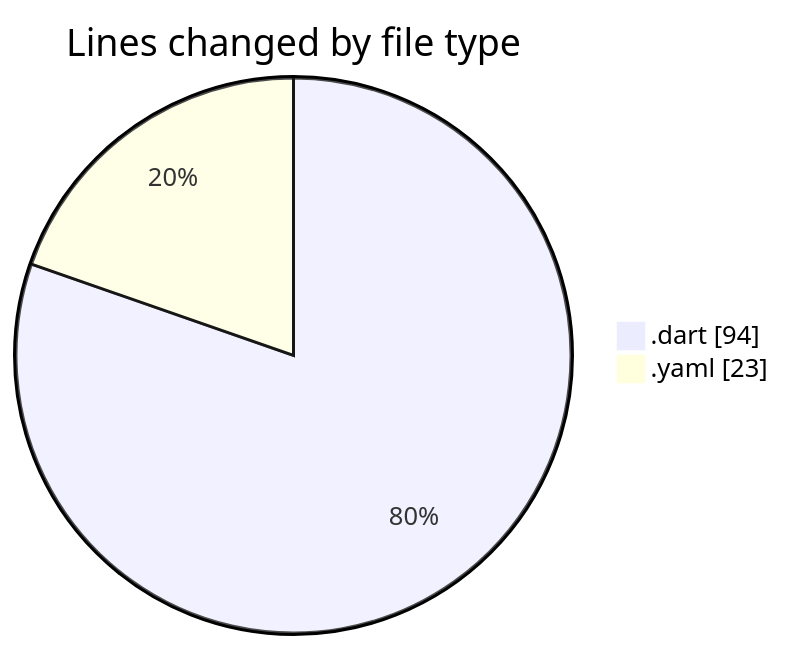
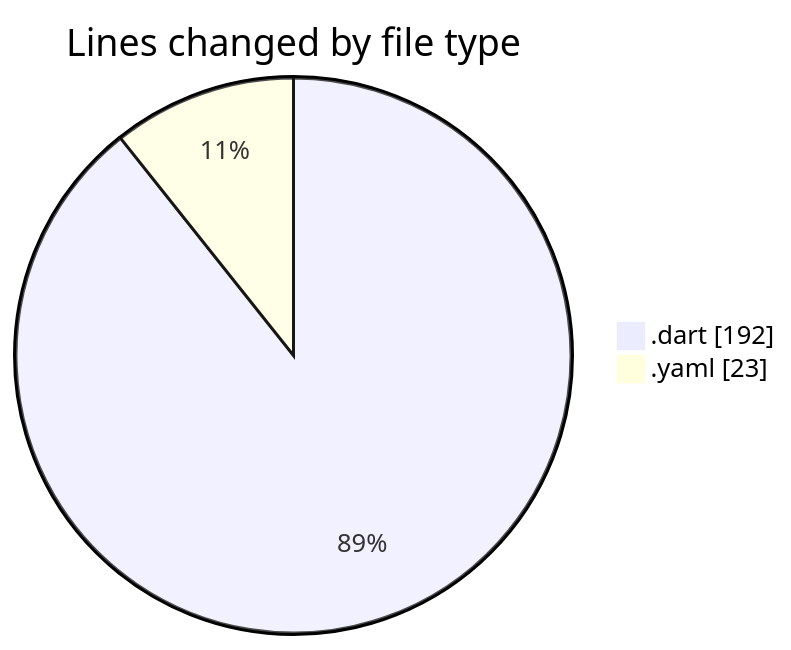
The first of 2 diagrams in 2025-07-30/appproject/README.md (lephambinh05/code-tracking), drawn with Mermaid before and after one commit. The commit also changed other lines of this file and 1 other file, not shown here.

````diff
--- a/2025-07-30/appproject/README.md
+++ b/2025-07-30/appproject/README.md
@@ -23,6 +24,6 @@
 ```mermaid
 pie showData
 title Lines changed by file type
-".dart" : 94
+".dart" : 192
 ".yaml" : 23
 ```
````
